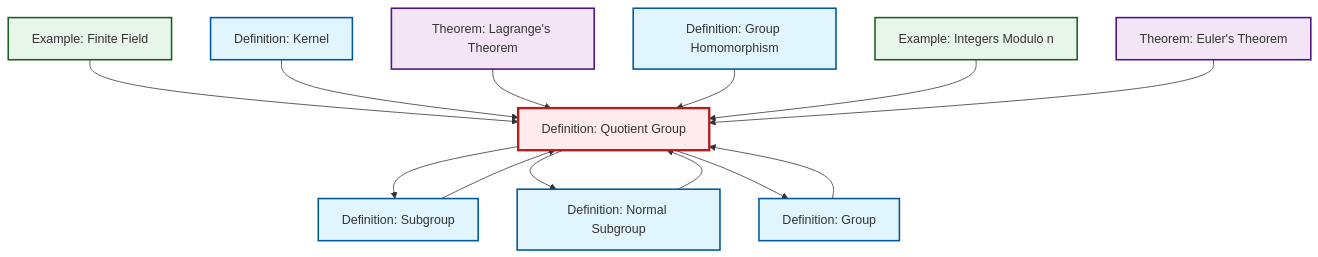
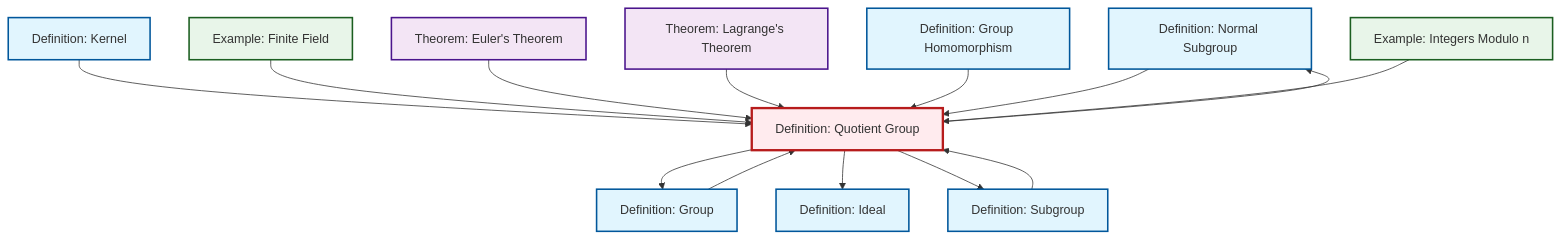
Before and after one commit to RK0429/ModernMath: the diagram in content/en/algebra/def-quotient-group.qmd, drawn with Mermaid. The commit also changed 530 other files, not shown here.

````diff
--- a/content/en/algebra/def-quotient-group.qmd
+++ b/content/en/algebra/def-quotient-group.qmd
@@ -139,41 +139,44 @@
 ```{mermaid}
 %%| fig-cap: "Local dependency graph"
 graph TD
     classDef definition fill:#e1f5fe,stroke:#01579b,stroke-width:2px
     classDef theorem fill:#f3e5f5,stroke:#4a148c,stroke-width:2px
     classDef axiom fill:#fff3e0,stroke:#e65100,stroke-width:2px
     classDef example fill:#e8f5e9,stroke:#1b5e20,stroke-width:2px
     classDef current fill:#ffebee,stroke:#b71c1c,stroke-width:3px
+    def-ideal["Definition: Ideal"]:::definition
+    def-normal-subgroup["Definition: Normal Subgroup"]:::definition
+    def-subgroup["Definition: Subgroup"]:::definition
+    thm-euler["Theorem: Euler's Theorem"]:::theorem
+    ex-finite-field["Example: Finite Field"]:::example
+    def-kernel["Definition: Kernel"]:::definition
+    def-group["Definition: Group"]:::definition
+    def-homomorphism["Definition: Group Homomorphism"]:::definition
     def-quotient-group["Definition: Quotient Group"]:::definition
-    def-normal-subgroup["Definition: Normal Subgroup"]:::definition
-    def-homomorphism["Definition: Group Homomorphism"]:::definition
-    def-kernel["Definition: Kernel"]:::definition
     thm-lagrange["Theorem: Lagrange's Theorem"]:::theorem
     ex-quotient-integers-mod-n["Example: Integers Modulo n"]:::example
-    def-subgroup["Definition: Subgroup"]:::definition
-    ex-finite-field["Example: Finite Field"]:::example
-    def-group["Definition: Group"]:::definition
-    thm-euler["Theorem: Euler's Theorem"]:::theorem
+    def-kernel --> def-quotient-group
+    def-quotient-group --> def-group
+    def-quotient-group --> def-ideal
+    ex-finite-field --> def-quotient-group
+    thm-euler --> def-quotient-group
+    def-subgroup --> def-quotient-group
+    def-group --> def-quotient-group
+    thm-lagrange --> def-quotient-group
+    def-homomorphism --> def-quotient-group
     def-quotient-group --> def-subgroup
-    ex-finite-field --> def-quotient-group
-    def-kernel --> def-quotient-group
     def-normal-subgroup --> def-quotient-group
-    def-subgroup --> def-quotient-group
-    thm-lagrange --> def-quotient-group
+    ex-quotient-integers-mod-n --> def-quotient-group
     def-quotient-group --> def-normal-subgroup
-    def-homomorphism --> def-quotient-group
-    def-group --> def-quotient-group
-    ex-quotient-integers-mod-n --> def-quotient-group
-    def-quotient-group --> def-group
-    thm-euler --> def-quotient-group
     class def-quotient-group current
+    click def-ideal "def-ideal.html" "Go to Ideal definition"
     click def-normal-subgroup "def-normal-subgroup.html" "Go to Normal Subgroup definition"
+    click def-subgroup "def-subgroup.html" "Go to Subgroup definition"
+    click thm-euler "thm-euler.html" "Go to Euler's Theorem theorem"
+    click ex-finite-field "ex-finite-field.html" "Go to Finite Field example"
+    click def-kernel "def-kernel.html" "Go to Kernel definition"
+    click def-group "def-group.html" "Go to Group definition"
     click def-homomorphism "def-homomorphism.html" "Go to Group Homomorphism definition"
-    click def-kernel "def-kernel.html" "Go to Kernel definition"
     click thm-lagrange "thm-lagrange.html" "Go to Lagrange's Theorem theorem"
     click ex-quotient-integers-mod-n "ex-quotient-integers-mod-n.html" "Go to Integers Modulo n example"
-    click def-subgroup "def-subgroup.html" "Go to Subgroup definition"
-    click ex-finite-field "ex-finite-field.html" "Go to Finite Field example"
-    click def-group "def-group.html" "Go to Group definition"
-    click thm-euler "thm-euler.html" "Go to Euler's Theorem theorem"
 ```
````
